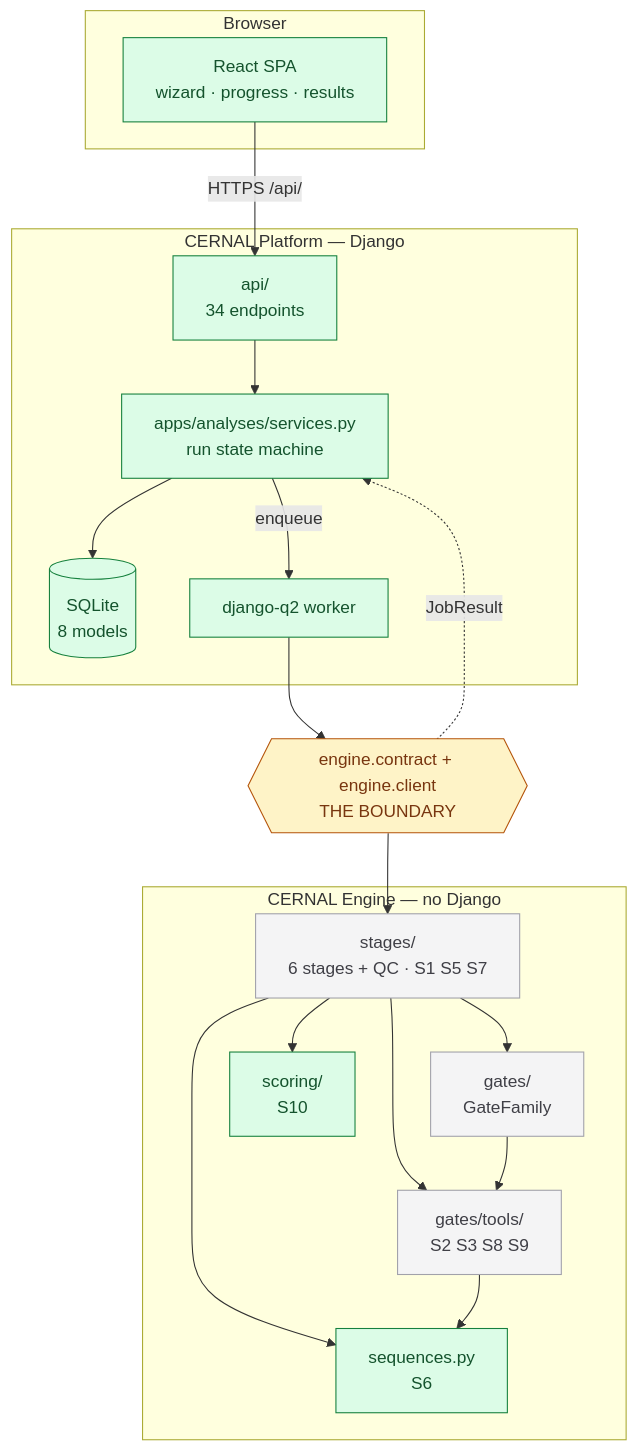
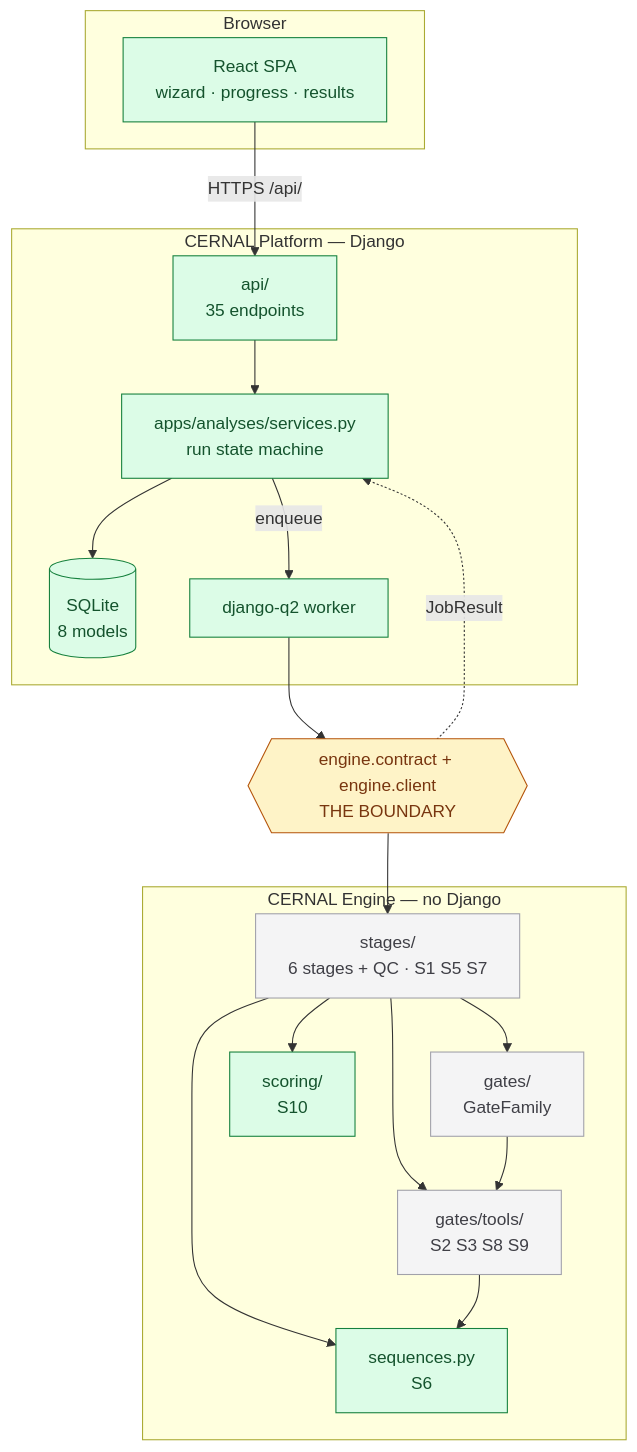
The first of 6 diagrams in docs/engine.md (zivbental/cernal_software), drawn with Mermaid before and after one commit. The commit also changed 17 other files, not shown here.

````diff
--- a/docs/engine.md
+++ b/docs/engine.md
@@ -42,44 +42,44 @@
 ```mermaid
 flowchart TB
     subgraph browser["Browser"]
         SPA["React SPA<br/>wizard · progress · results"]
     end
 
     subgraph platform["CERNAL Platform — Django"]
-        API["api/<br/>34 endpoints"]
+        API["api/<br/>35 endpoints"]
         SVC["apps/analyses/services.py<br/>run state machine"]
         DB[("SQLite<br/>8 models")]
         WORKER["django-q2 worker"]
     end
 
     SEAM{{"engine.contract + engine.client<br/>THE BOUNDARY"}}
 
     subgraph engine["CERNAL Engine — no Django"]
         PIPE["stages/<br/>6 stages + QC · S1 S5 S7"]
         GATES["gates/<br/>GateFamily"]
         TOOLS["gates/tools/<br/>S2 S3 S8 S9"]
         SCORE["scoring/<br/>S10"]
         SEQ["sequences.py<br/>S6"]
     end
 
     SPA -->|"HTTPS /api/"| API
     API --> SVC
     SVC --> DB
     SVC -->|"enqueue"| WORKER
     WORKER --> SEAM
     SEAM --> PIPE
     PIPE --> GATES
     PIPE --> TOOLS
     PIPE --> SCORE
     GATES --> TOOLS
     PIPE --> SEQ
     TOOLS --> SEQ
     SEAM -.->|"JobResult"| SVC
 
     classDef built fill:#dcfce7,stroke:#15803d,color:#14532d
     classDef todo fill:#f4f4f5,stroke:#a1a1aa,color:#3f3f46
     classDef seam fill:#fef3c7,stroke:#b45309,color:#78350f
     class SPA,API,SVC,DB,WORKER,SCORE,SEQ built
     class PIPE,GATES,TOOLS todo
     class SEAM seam
 ```
````
